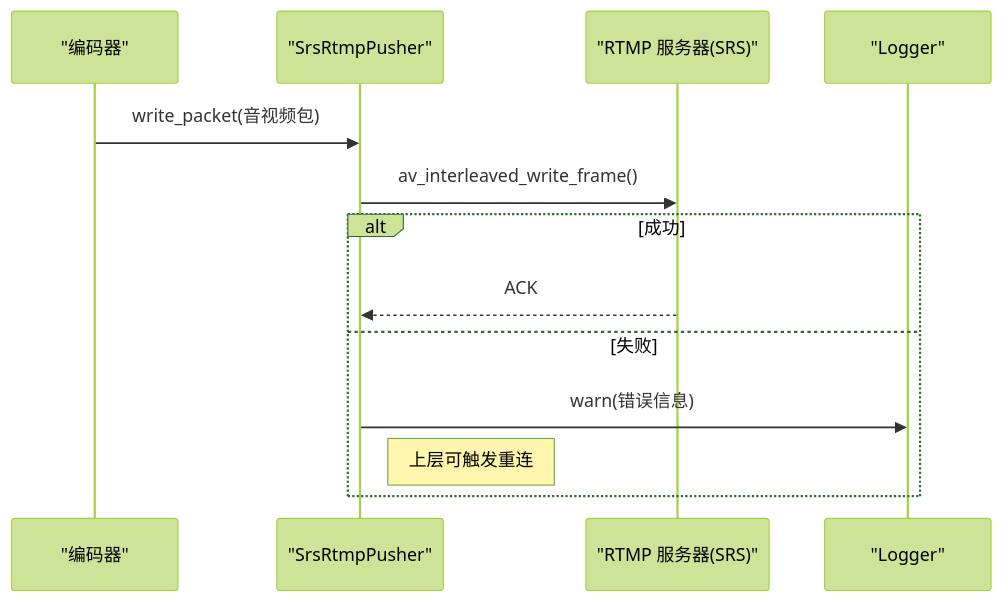
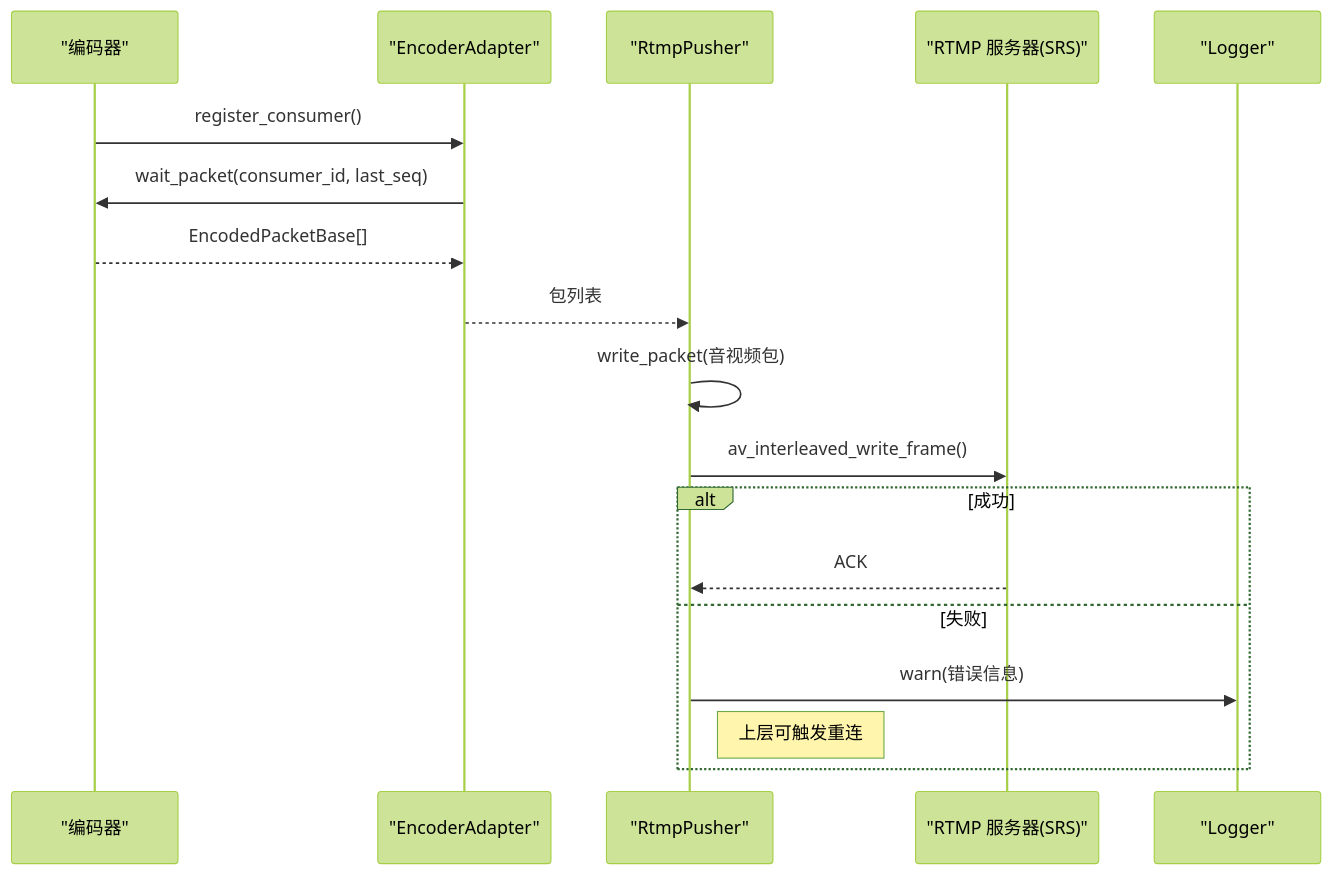
Before and after one commit to tsxuehu/pi-guard: the fifth of 6 diagrams in .qoder/repowiki/zh/content/C++ 代理程序/外部访问模块.md, drawn with Mermaid (forest theme). The commit also changed other lines of this file and 8 other files, not shown here.

````diff
--- a/.qoder/repowiki/zh/content/C++ 代理程序/外部访问模块.md
+++ b/.qoder/repowiki/zh/content/C++ 代理程序/外部访问模块.md
@@ -307,15 +297,20 @@
 ```mermaid
 sequenceDiagram
 participant Enc as "编码器"
-participant Push as "SrsRtmpPusher"
+participant Adapter as "EncoderAdapter"
+participant Push as "RtmpPusher"
 participant Net as "RTMP 服务器(SRS)"
 participant Log as "Logger"
-Enc->>Push : write_packet(音视频包)
+Enc->>Adapter : register_consumer()
+Adapter->>Enc : wait_packet(consumer_id, last_seq)
+Enc-->>Adapter : EncodedPacketBase[]
+Adapter-->>Push : 包列表
+Push->>Push : write_packet(音视频包)
 Push->>Net : av_interleaved_write_frame()
 alt 成功
 Net-->>Push : ACK
 else 失败
 Push->>Log : warn(错误信息)
 Note right of Push : 上层可触发重连
 end
 ```
````
